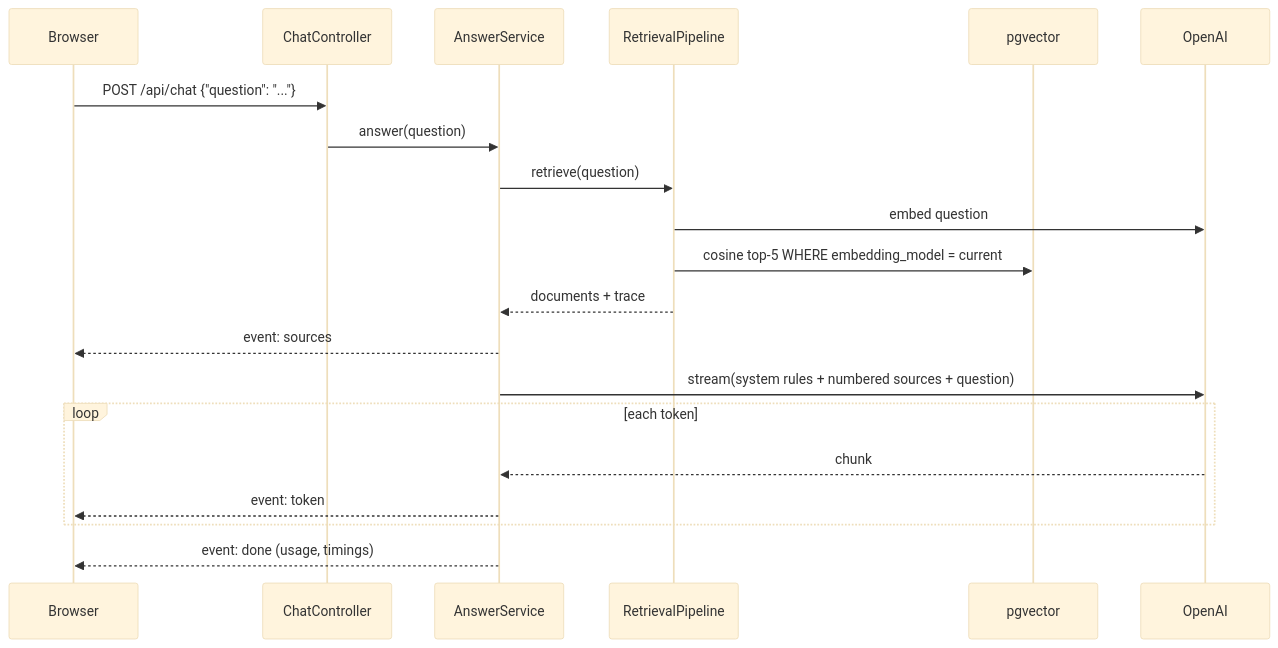
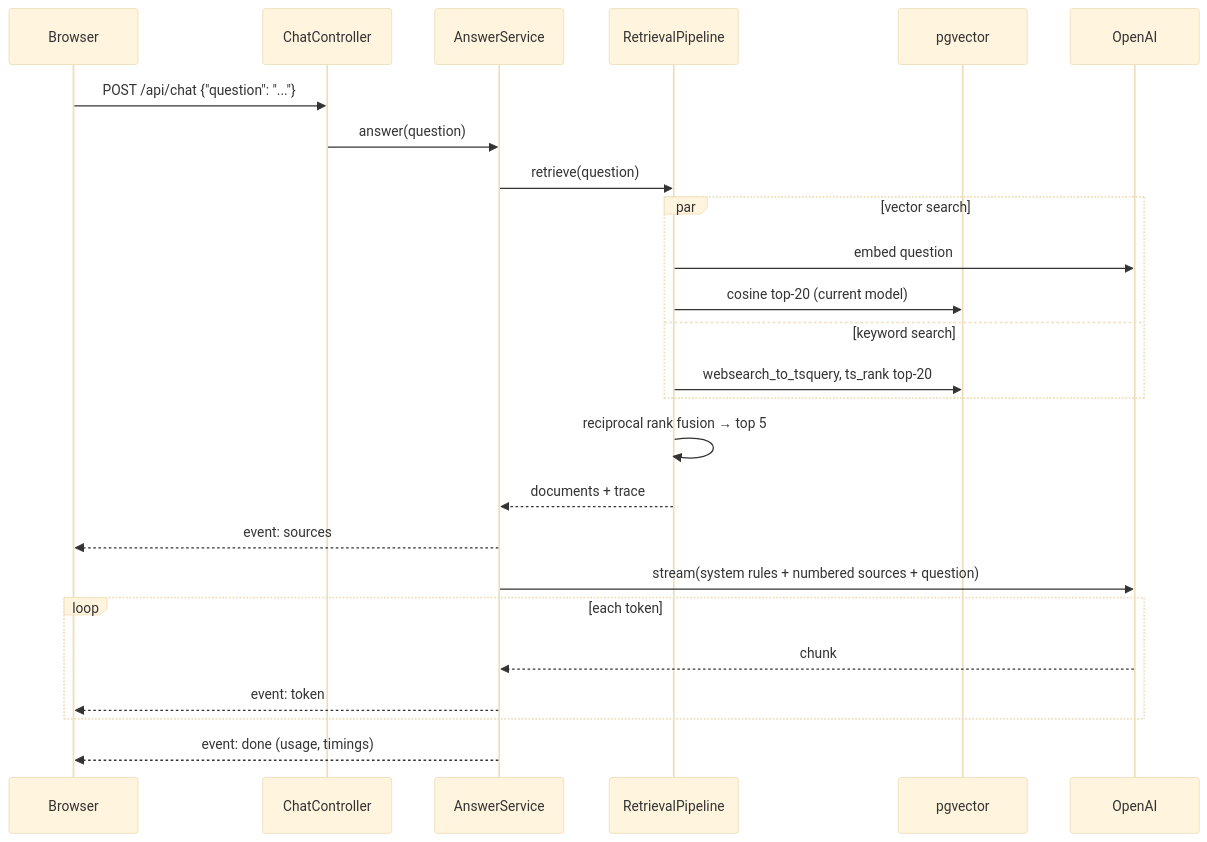
The third of 3 diagrams in README.md (SandeepSRathore/rag-pipeline), drawn with Mermaid (base theme) before and after one commit. The commit also changed other lines of this file and 4 other files, not shown here.

````diff
--- a/README.md
+++ b/README.md
@@ -303,22 +305,27 @@
 ```mermaid
 sequenceDiagram
     participant B as Browser
     participant C as ChatController
     participant A as AnswerService
     participant R as RetrievalPipeline
     participant P as pgvector
     participant O as OpenAI
     B->>C: POST /api/chat {"question": "..."}
     C->>A: answer(question)
     A->>R: retrieve(question)
-    R->>O: embed question
-    R->>P: cosine top-5 WHERE embedding_model = current
+    par vector search
+        R->>O: embed question
+        R->>P: cosine top-20 (current model)
+    and keyword search
+        R->>P: websearch_to_tsquery, ts_rank top-20
+    end
+    R->>R: reciprocal rank fusion → top 5
     R-->>A: documents + trace
     A-->>B: event: sources
     A->>O: stream(system rules + numbered sources + question)
     loop each token
         O-->>A: chunk
         A-->>B: event: token
     end
     A-->>B: event: done (usage, timings)
 ```
````
